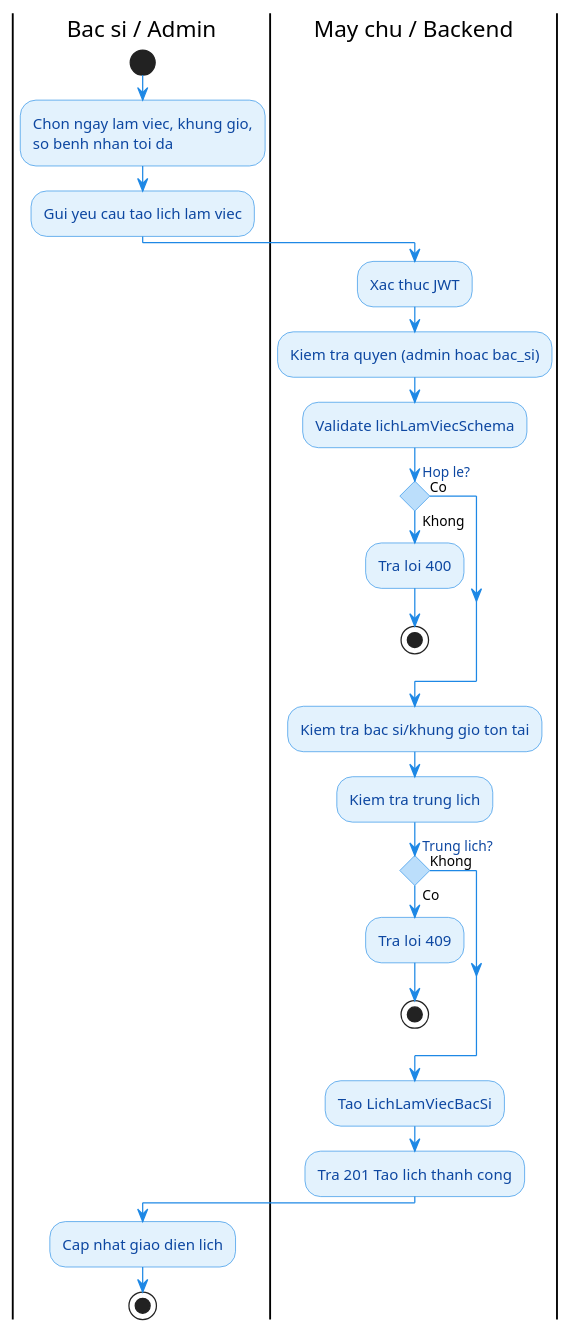
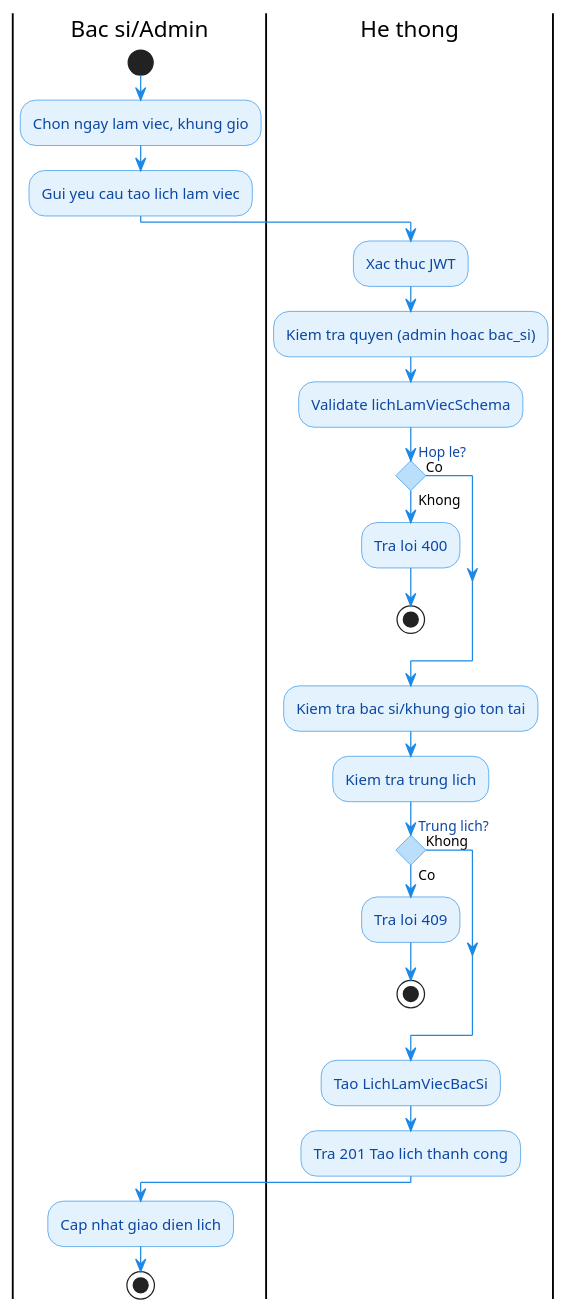
One commit to yqhuouc/HealthCare changed the diagram in server/doc/diagrams/ACT_07_DangKyLichLamViec.puml. Above: the diagram before and after it, drawn with PlantUML. The commit also changed 12 other files, not shown here.

Commit message:
docs: add PlantUML activity diagrams for core system workflows and initialize server configuration files

```diff
--- a/server/doc/diagrams/ACT_07_DangKyLichLamViec.puml
+++ b/server/doc/diagrams/ACT_07_DangKyLichLamViec.puml
@@ -1,49 +1,49 @@
 @startuml Activity_DangKyLichLamViec
 
 skinparam shadowing false
 skinparam backgroundColor white
 skinparam conditionStyle diamond
 skinparam ConditionEndStyle hline
 
 skinparam activity {
   BackgroundColor #E3F2FD
   BorderColor #1E88E5
   FontColor #0D47A1
   RoundCorner 15
 }
 
 skinparam activityDiamondBackgroundColor #BBDEFB
 skinparam activityDiamondBorderColor #1E88E5
 skinparam activityDiamondFontColor #0D47A1
 skinparam ArrowColor #1E88E5
 
-|Bac si / Admin|
+|Bac si/Admin|
 start
-:Chon ngay lam viec, khung gio,\nso benh nhan toi da;
+:Chon ngay lam viec, khung gio;
 :Gui yeu cau tao lich lam viec;
 
-|May chu / Backend|
+|He thong|
 :Xac thuc JWT;
 :Kiem tra quyen (admin hoac bac_si);
 :Validate lichLamViecSchema;
 if (Hop le?) then (Khong)
   :Tra loi 400;
   stop
 else (Co)
 endif
 
 :Kiem tra bac si/khung gio ton tai;
 :Kiem tra trung lich;
 if (Trung lich?) then (Co)
   :Tra loi 409;
   stop
 else (Khong)
 endif
 
 :Tao LichLamViecBacSi;
 :Tra 201 Tao lich thanh cong;
 
-|Bac si / Admin|
+|Bac si/Admin|
 :Cap nhat giao dien lich;
 stop
 @enduml
```
